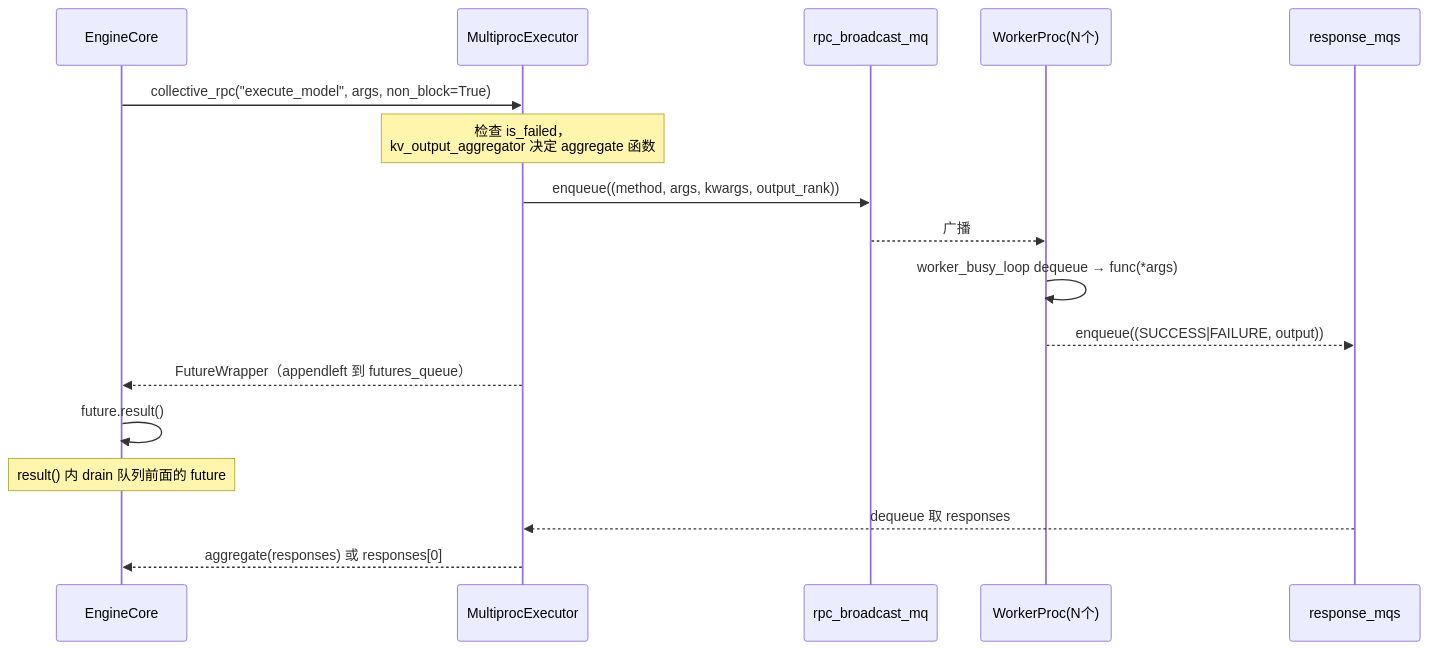
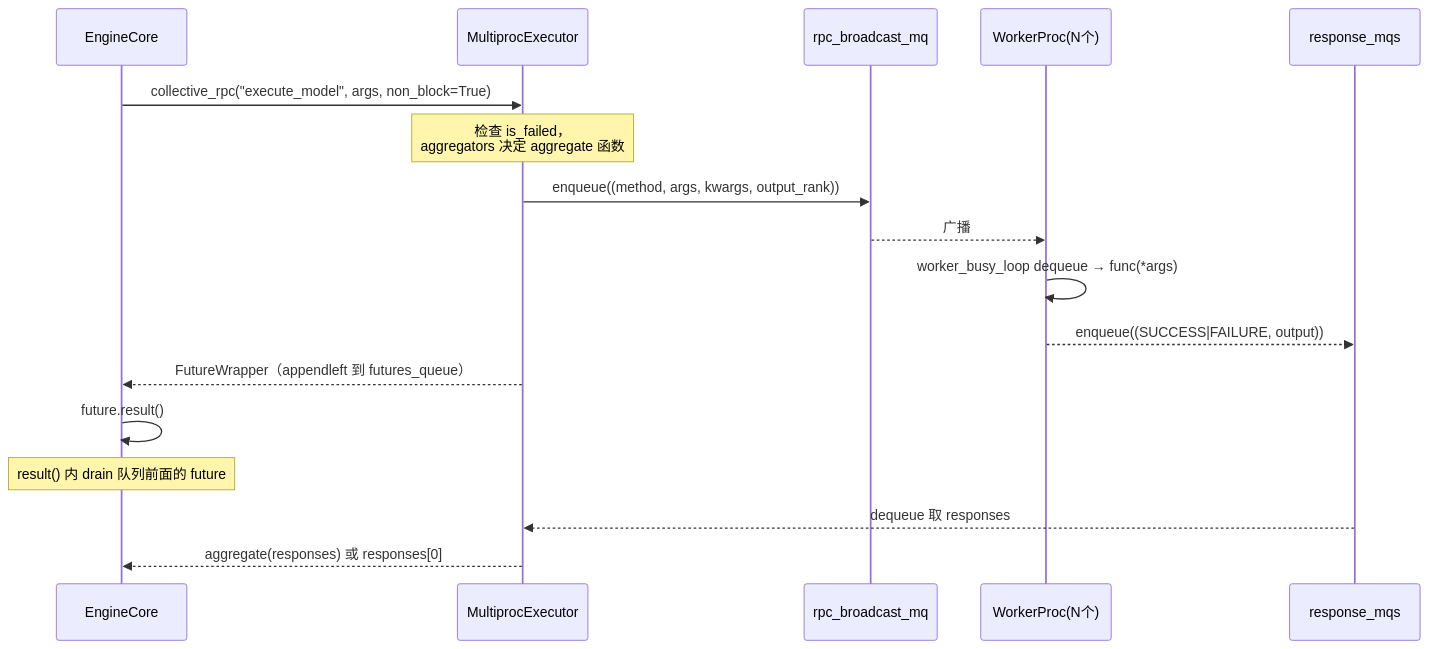
The second of 2 diagrams in vllm/entities/MultiprocExecutor.md (learning-sketch/wiki), drawn with Mermaid before and after one commit. The commit also changed other lines of this file and 1 other file, not shown here.

````diff
--- a/vllm/entities/MultiprocExecutor.md
+++ b/vllm/entities/MultiprocExecutor.md
@@ -105,20 +106,20 @@
 ```mermaid
 sequenceDiagram
     participant Caller as EngineCore
     participant Exec as MultiprocExecutor
     participant MQ as rpc_broadcast_mq
     participant W as WorkerProc(N个)
     participant RMQ as response_mqs
 
     Caller->>Exec: collective_rpc("execute_model", args, non_block=True)
-    Note over Exec: 检查 is_failed，<br/>kv_output_aggregator 决定 aggregate 函数
+    Note over Exec: 检查 is_failed，<br/>aggregators 决定 aggregate 函数
     Exec->>MQ: enqueue((method, args, kwargs, output_rank))
     MQ-->>W: 广播
     W->>W: worker_busy_loop dequeue → func(*args)
     W-->>RMQ: enqueue((SUCCESS|FAILURE, output))
     Exec-->>Caller: FutureWrapper（appendleft 到 futures_queue）
     Caller->>Caller: future.result()
     Note over Caller: result() 内 drain 队列前面的 future
     RMQ-->>Exec: dequeue 取 responses
     Exec-->>Caller: aggregate(responses) 或 responses[0]
 ```
````
